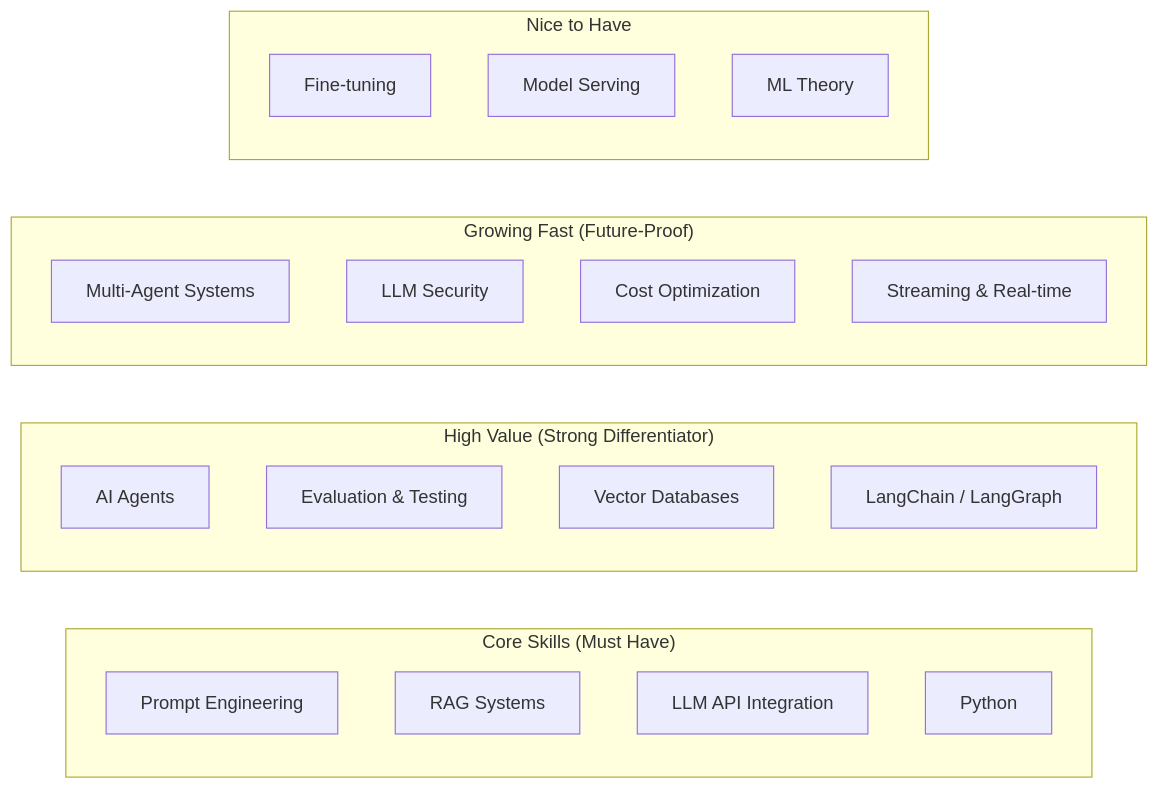
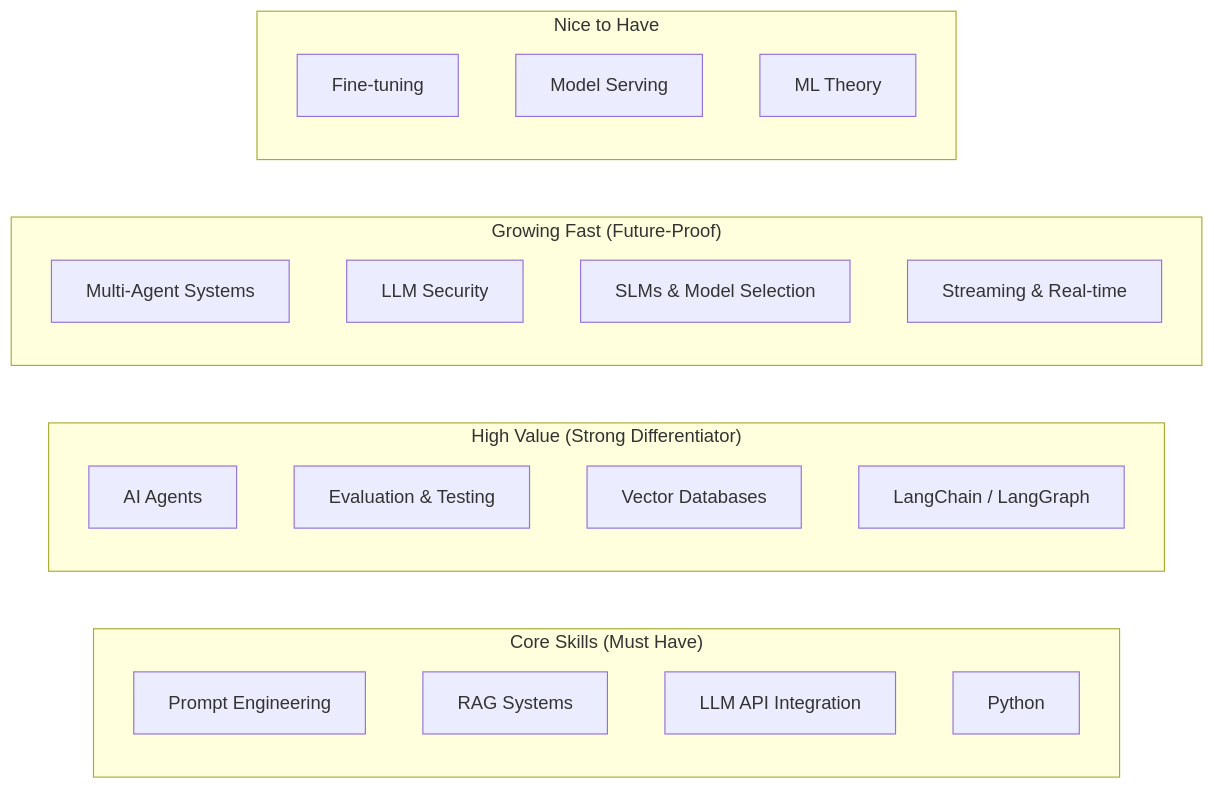
The second of 4 diagrams in Phase_0_Getting_Started/Day_001_ai_engineering_career_map/ai_engineering_career_map.md (akshkr/akashnotes), drawn with Mermaid before and after one commit. The commit also changed other lines of this file and 37 other files, not shown here.

````diff
--- a/Phase_0_Getting_Started/Day_001_ai_engineering_career_map/ai_engineering_career_map.md
+++ b/Phase_0_Getting_Started/Day_001_ai_engineering_career_map/ai_engineering_career_map.md
@@ -76,29 +76,29 @@
 ```mermaid
 graph LR
     subgraph "Core Skills (Must Have)"
         A[Prompt Engineering]
         B[RAG Systems]
         C[LLM API Integration]
         D[Python]
     end
 
     subgraph "High Value (Strong Differentiator)"
         E[AI Agents]
         F[Evaluation & Testing]
         G[Vector Databases]
         H[LangChain / LangGraph]
     end
 
     subgraph "Growing Fast (Future-Proof)"
         I[Multi-Agent Systems]
         J[LLM Security]
-        K[Cost Optimization]
+        K[SLMs & Model Selection]
         L[Streaming & Real-time]
     end
 
     subgraph "Nice to Have"
         M[Fine-tuning]
         N[Model Serving]
         O[ML Theory]
     end
 ```
````
